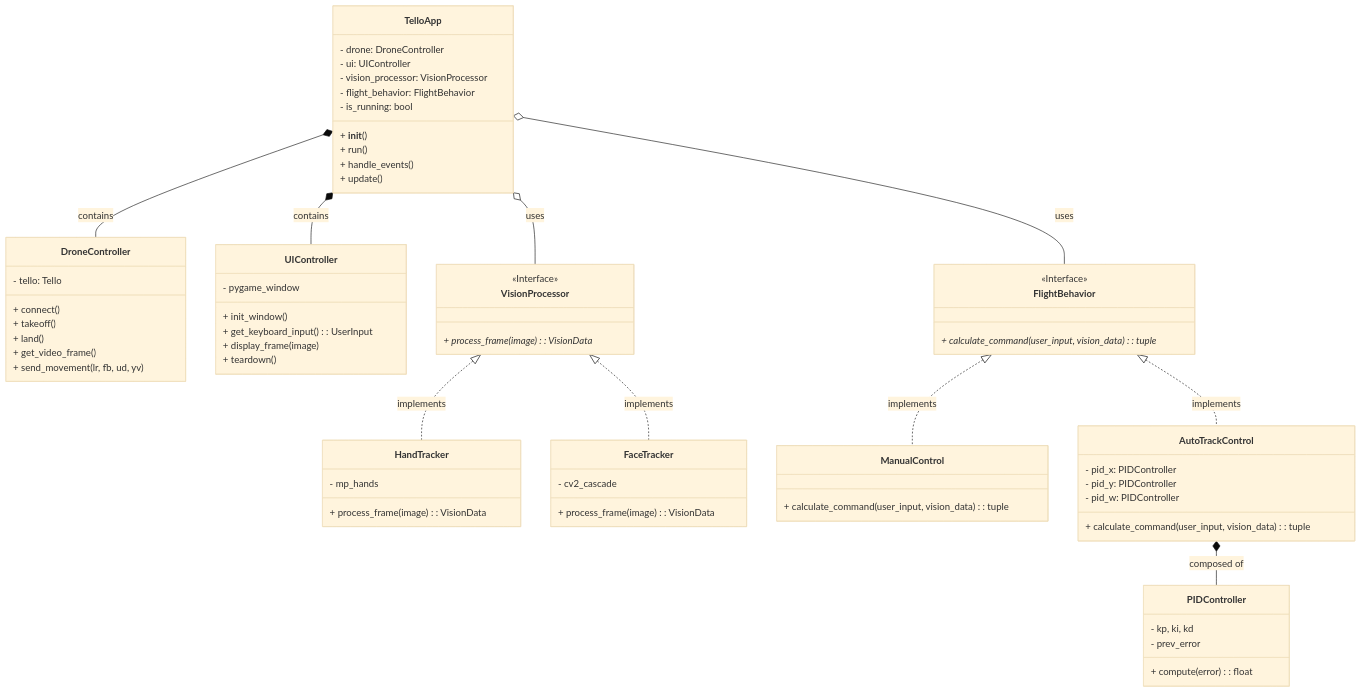
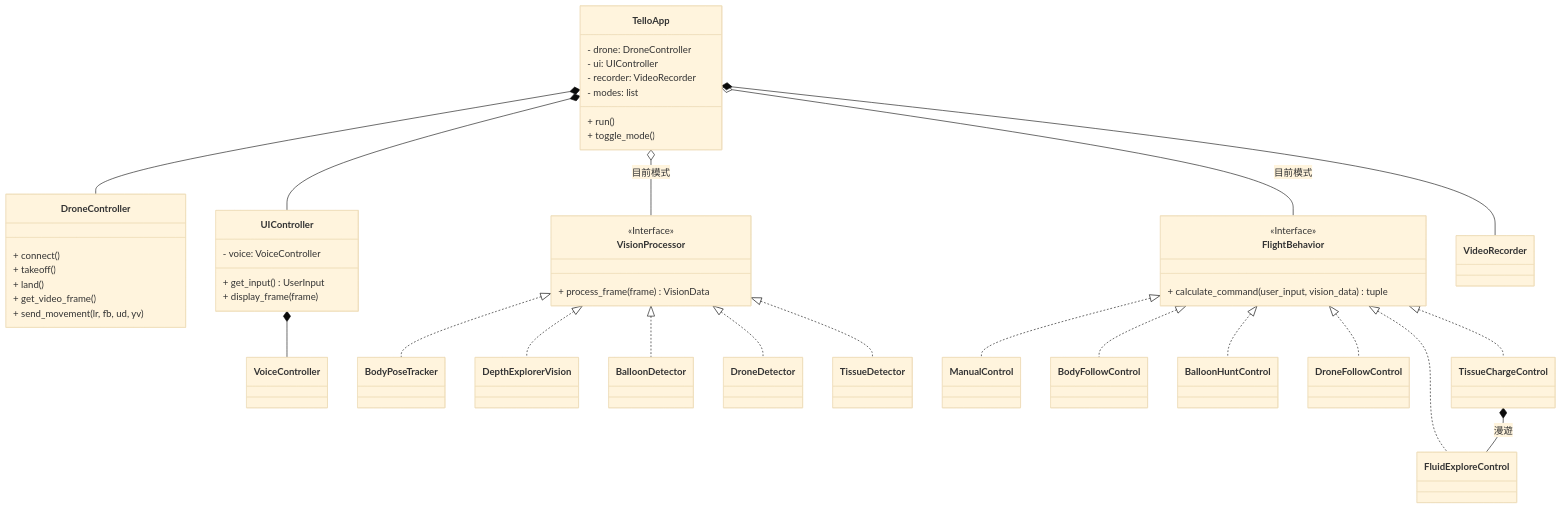
One commit to superdoro/tello-edu-project changed the diagram in readme.md. Above: the diagram before and after it, drawn with Mermaid (base theme). The commit also changed other lines of this file and 22 other files, not shown here.

````diff
--- a/readme.md
+++ b/readme.md
@@ -44,84 +274,52 @@
 ```mermaid
 classDiagram
-    %% 核心應用程式
     class TelloApp {
         - drone: DroneController
         - ui: UIController
-        - vision_processor: VisionProcessor
-        - flight_behavior: FlightBehavior
-        - is_running: bool
-        + __init__()
+        - recorder: VideoRecorder
+        - modes: list
         + run()
-        + handle_events()
-        + update()
+        + toggle_mode()
     }
-
-    %% 硬體控制層 (封裝 djitellopy)
     class DroneController {
-        - tello: Tello
         + connect()
         + takeoff()
         + land()
         + get_video_frame()
         + send_movement(lr, fb, ud, yv)
     }
-
-    %% 介面與輸入層 (封裝 Pygame & OpenCV 顯示)
     class UIController {
-        - pygame_window
-        + init_window()
-        + get_keyboard_input() : UserInput
-        + display_frame(image)
-        + teardown()
+        - voice: VoiceController
+        + get_input() UserInput
+        + display_frame(frame)
+    }
+    class VisionProcessor {
+        <<Interface>>
+        + process_frame(frame) VisionData
+    }
+    class FlightBehavior {
+        <<Interface>>
+        + calculate_command(user_input, vision_data) tuple
     }
 
-    %% 視覺辨識介面與實作 (策略模式)
-    class VisionProcessor {
-        <<Interface>>
-        + process_frame(image)* : VisionData
-    }
-    class HandTracker {
-        - mp_hands
-        + process_frame(image) : VisionData
-    }
-    class FaceTracker {
-        - cv2_cascade
-        + process_frame(image) : VisionData
-    }
+    TelloApp *-- DroneController
+    TelloApp *-- UIController
+    TelloApp *-- VideoRecorder
+    TelloApp o-- VisionProcessor : 目前模式
+    TelloApp o-- FlightBehavior : 目前模式
+    UIController *-- VoiceController
 
-    %% 飛行控制邏輯與實作 (策略模式)
-    class FlightBehavior {
-        <<Interface>>
-        + calculate_command(user_input, vision_data)* : tuple
-    }
-    class ManualControl {
-        + calculate_command(user_input, vision_data) : tuple
-    }
-    class AutoTrackControl {
-        - pid_x: PIDController
-        - pid_y: PIDController
-        - pid_w: PIDController
-        + calculate_command(user_input, vision_data) : tuple
-    }
-    
-    %% 輔助工具類
-    class PIDController {
-        - kp, ki, kd
-        - prev_error
-        + compute(error) : float
-    }
+    VisionProcessor <|.. BodyPoseTracker
+    VisionProcessor <|.. DepthExplorerVision
+    VisionProcessor <|.. BalloonDetector
+    VisionProcessor <|.. DroneDetector
+    VisionProcessor <|.. TissueDetector
 
-    %% 關係連線
-    TelloApp *-- DroneController : contains
-    TelloApp *-- UIController : contains
-    TelloApp o-- VisionProcessor : uses
-    TelloApp o-- FlightBehavior : uses
-    
-    VisionProcessor <|.. HandTracker : implements
-    VisionProcessor <|.. FaceTracker : implements
-    
-    FlightBehavior <|.. ManualControl : implements
-    FlightBehavior <|.. AutoTrackControl : implements
-    
-    AutoTrackControl *-- PIDController : composed of
+    FlightBehavior <|.. ManualControl
+    FlightBehavior <|.. BodyFollowControl
+    FlightBehavior <|.. FluidExploreControl
+    FlightBehavior <|.. BalloonHuntControl
+    FlightBehavior <|.. DroneFollowControl
+    FlightBehavior <|.. TissueChargeControl
+    TissueChargeControl *-- FluidExploreControl : 漫遊
 ```
````
